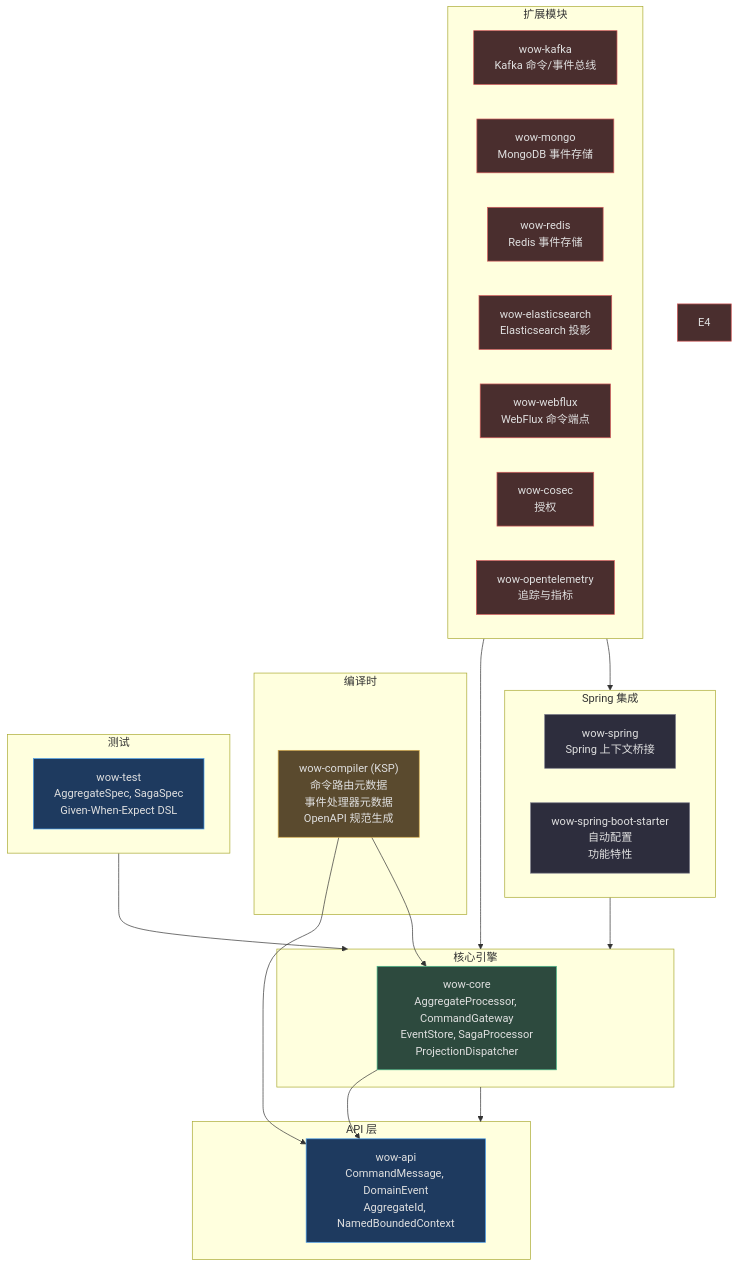
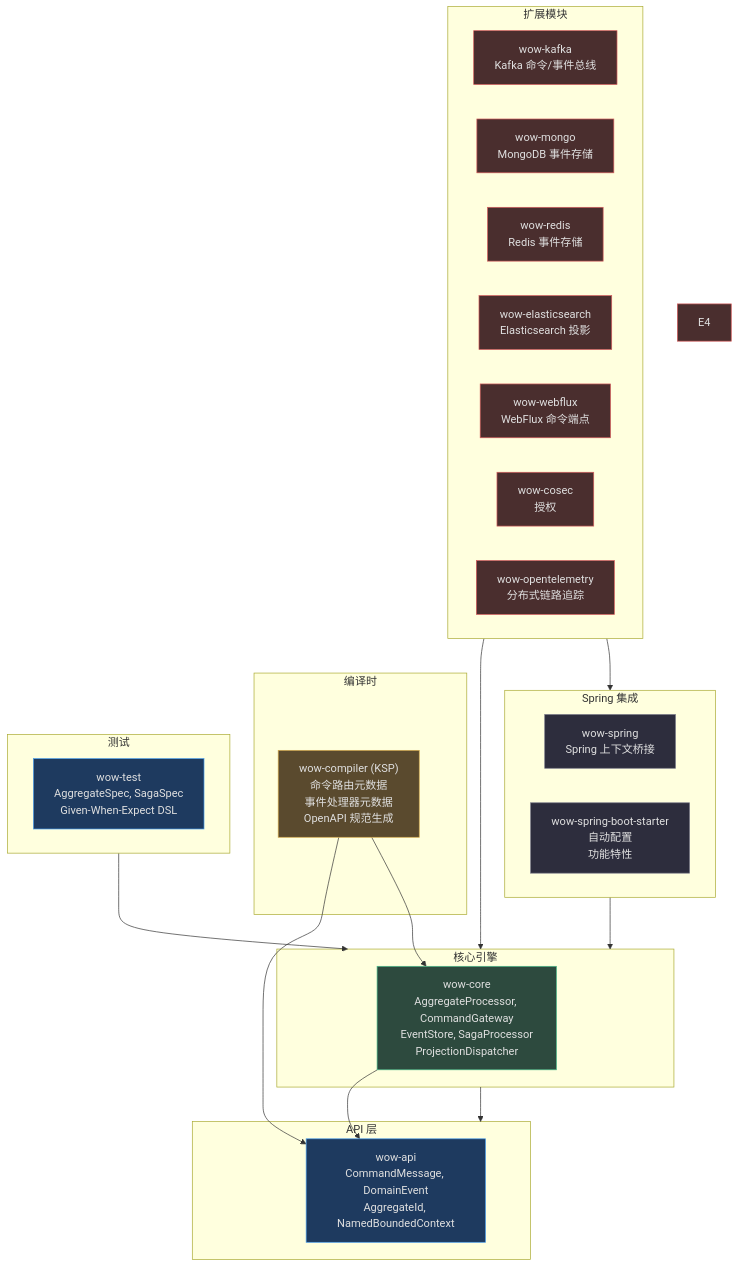
Before and after one commit to Ahoo-Wang/Wow: the first of 6 diagrams in documentation/docs/zh/guide/advanced/architecture.md, drawn with Mermaid. The commit also changed other lines of this file and 11 other files, not shown here.

````diff
--- a/documentation/docs/zh/guide/advanced/architecture.md
+++ b/documentation/docs/zh/guide/advanced/architecture.md
@@ -32,57 +32,57 @@
 ```mermaid
 flowchart TB
     subgraph API["API 层<br>"]
         A1["wow-api<br>CommandMessage, DomainEvent<br>AggregateId, NamedBoundedContext"]
     end
 
     subgraph CORE["核心引擎"]
         C1["wow-core<br>AggregateProcessor, CommandGateway<br>EventStore, SagaProcessor<br>ProjectionDispatcher"]
     end
 
     subgraph COMPILE["编译时"]
         K1["wow-compiler (KSP)<br>命令路由元数据<br>事件处理器元数据<br>OpenAPI 规范生成"]
     end
 
     subgraph EXT["扩展模块"]
         E1["wow-kafka<br>Kafka 命令/事件总线"]
         E2["wow-mongo<br>MongoDB 事件存储"]
         E3["wow-redis<br>Redis 事件存储"]
         E5["wow-elasticsearch<br>Elasticsearch 投影"]
         E6["wow-webflux<br>WebFlux 命令端点"]
         E7["wow-cosec<br>授权"]
-        E8["wow-opentelemetry<br>追踪与指标"]
+        E8["wow-opentelemetry<br>分布式链路追踪"]
     end
 
     subgraph SPRING["Spring 集成"]
         S1["wow-spring<br>Spring 上下文桥接"]
         S2["wow-spring-boot-starter<br>自动配置<br>功能特性"]
     end
 
     subgraph TEST["测试"]
         T1["wow-test<br>AggregateSpec, SagaSpec<br>Given-When-Expect DSL"]
     end
 
     C1 --> A1
     K1 --> A1
     K1 --> C1
     CORE --> API
     EXT --> CORE
     SPRING --> CORE
     EXT --> SPRING
     TEST --> CORE
 
     style A1 fill:#1e3a5f,stroke:#4a9eed,color:#e0e0e0
     style C1 fill:#2d4a3e,stroke:#4aba8a,color:#e0e0e0
     style K1 fill:#5a4a2e,stroke:#d4a84b,color:#e0e0e0
     style E1 fill:#4a2e2e,stroke:#d45b5b,color:#e0e0e0
     style E2 fill:#4a2e2e,stroke:#d45b5b,color:#e0e0e0
     style E3 fill:#4a2e2e,stroke:#d45b5b,color:#e0e0e0
     style E4 fill:#4a2e2e,stroke:#d45b5b,color:#e0e0e0
     style E5 fill:#4a2e2e,stroke:#d45b5b,color:#e0e0e0
     style E6 fill:#4a2e2e,stroke:#d45b5b,color:#e0e0e0
     style E7 fill:#4a2e2e,stroke:#d45b5b,color:#e0e0e0
     style E8 fill:#4a2e2e,stroke:#d45b5b,color:#e0e0e0
     style S1 fill:#2d2d3d,stroke:#7a7a8a,color:#e0e0e0
     style S2 fill:#2d2d3d,stroke:#7a7a8a,color:#e0e0e0
     style T1 fill:#1e3a5f,stroke:#4a9eed,color:#e0e0e0
 ```
````
